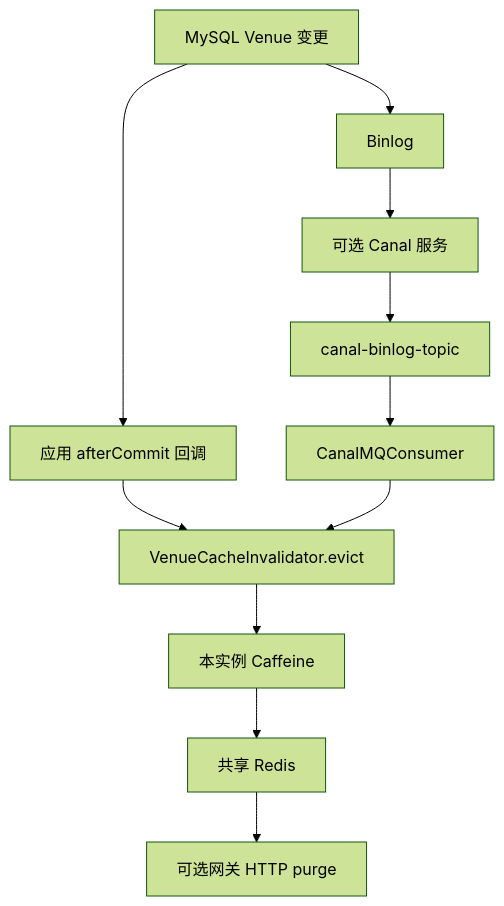
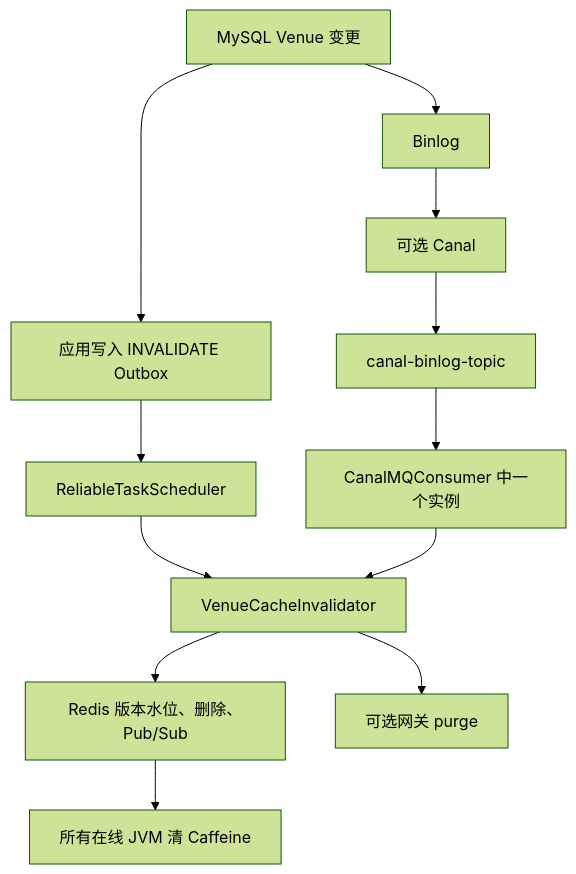
Diagram 11 of 13 in 04-最终一致性与缓存治理.md (SyH-101/citypass-platform), drawn with Mermaid (forest theme) before and after one commit. The commit also changed other lines of this file and 1 other file, not shown here.

````diff
--- a/04-最终一致性与缓存治理.md
+++ b/04-最终一致性与缓存治理.md
@@ -1003,13 +975,14 @@
 ```mermaid
 flowchart TD
-    DB["MySQL Venue 变更"] --> AC["应用 afterCommit 回调"]
-    AC --> INV["VenueCacheInvalidator.evict"]
+    DB["MySQL Venue 变更"] --> OUT["应用写入 INVALIDATE Outbox"]
+    OUT --> RELAY["ReliableTaskScheduler"]
     DB --> BL["Binlog"]
-    BL --> CA["可选 Canal 服务"]
+    BL --> CA["可选 Canal"]
     CA --> MQ["canal-binlog-topic"]
-    MQ --> CO["CanalMQConsumer"]
+    MQ --> CO["CanalMQConsumer 中一个实例"]
+    RELAY --> INV["VenueCacheInvalidator"]
     CO --> INV
-    INV --> L["本实例 Caffeine"]
-    L --> R["共享 Redis"]
-    R --> G["可选网关 HTTP purge"]
+    INV --> RS["Redis 版本水位、删除、Pub/Sub"]
+    RS --> JVM["所有在线 JVM 清 Caffeine"]
+    INV --> GW["可选网关 purge"]
 ```
````
